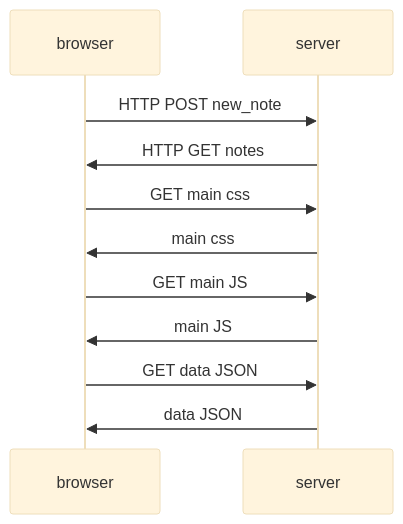
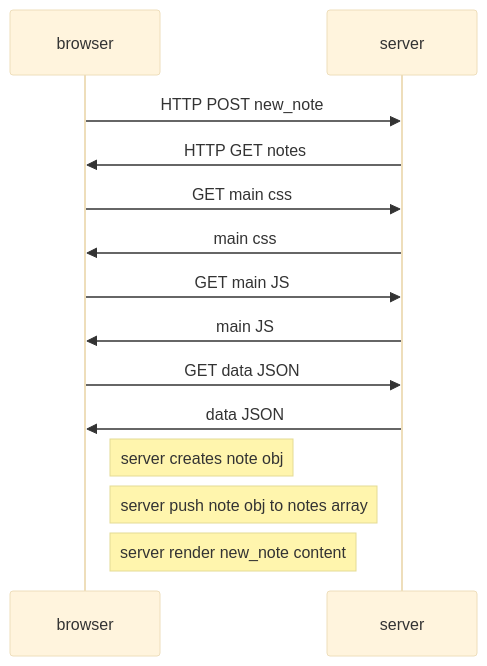
The diagram in part0_4.md (dabble-r/fullStack_open), drawn with Mermaid (base theme) before and after one commit.

Commit message:
update notes_details

````diff
--- a/part0_4.md
+++ b/part0_4.md
@@ -1,17 +1,21 @@
 ```mermaid
 sequenceDiagram
     participant browser
     participant server
 
     browser->>server: HTTP POST new_note
     server->>browser: HTTP GET notes
 
     browser->>server: GET main css
     server->>browser: main css
 
     browser->>server: GET main JS
     server->>browser: main JS
 
     browser->>server: GET data JSON
     server->>browser: data JSON
+
+    Note right of browser: server creates note obj
+    Note right of browser: server push note obj to notes array
+    Note right of browser: server render new_note content
 ```
````
